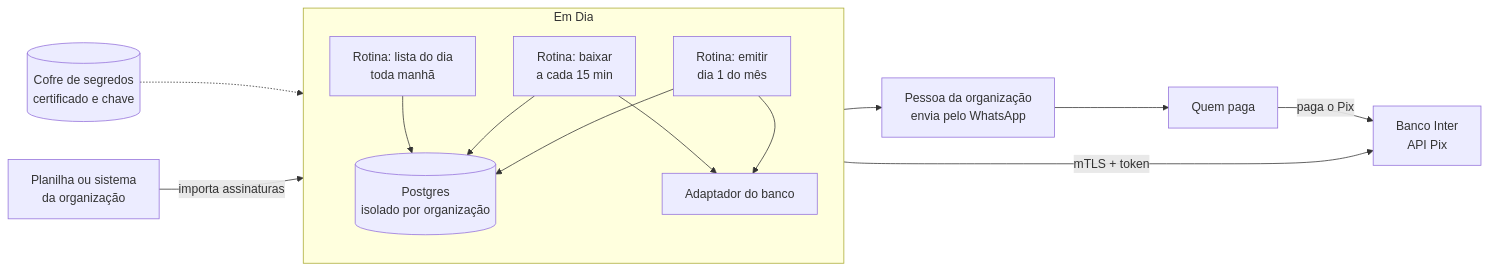
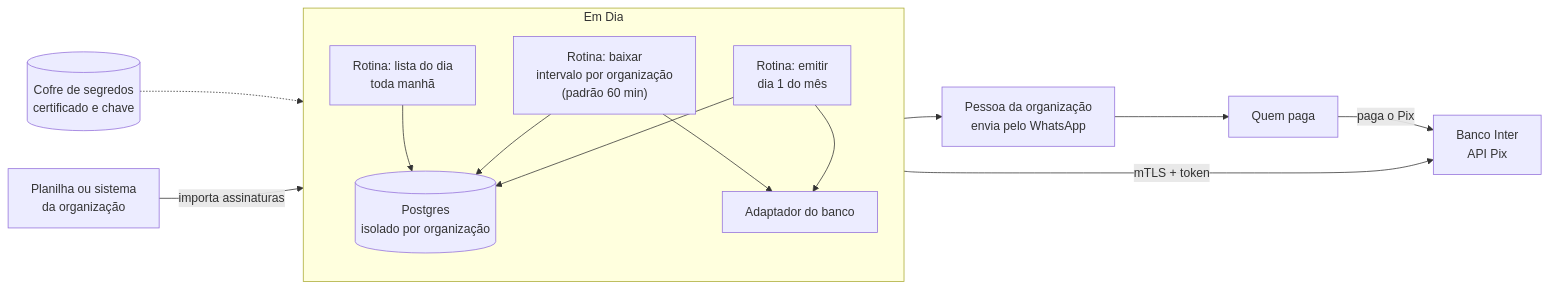
Before and after one commit to leonardorudolfocardoso/pix-em-dia: the second of 9 diagrams in docs/processos.md, drawn with Mermaid. The commit also changed other lines of this file and 2 other files, not shown here.

Commit message:
Intervalo da baixa: por organização, padrão 60 min, em todos os documentos
Claude-Session: https://claude.ai/code/session_014tLRxdDqPQFjNGN3k7NCtq

````diff
--- a/docs/processos.md
+++ b/docs/processos.md
@@ -52,22 +52,22 @@
 ```mermaid
 flowchart LR
   planilha["Planilha ou sistema<br/>da organização"] -->|importa assinaturas| emdia
   subgraph emdia["Em Dia"]
     direction TB
     emitir["Rotina: emitir<br/>dia 1 do mês"]
-    baixar["Rotina: baixar<br/>a cada 15 min"]
+    baixar["Rotina: baixar<br/>intervalo por organização<br/>(padrão 60 min)"]
     lista["Rotina: lista do dia<br/>toda manhã"]
     db[("Postgres<br/>isolado por organização")]
     adaptador["Adaptador do banco"]
     emitir --> db
     baixar --> db
     lista --> db
     emitir --> adaptador
     baixar --> adaptador
   end
   adaptador -->|mTLS + token| inter["Banco Inter<br/>API Pix"]
   cofre[("Cofre de segredos<br/>certificado e chave")] -.-> adaptador
   lista --> pessoa["Pessoa da organização<br/>envia pelo WhatsApp"]
   pessoa --> familia["Quem paga"]
   familia -->|paga o Pix| inter
 ```
````
